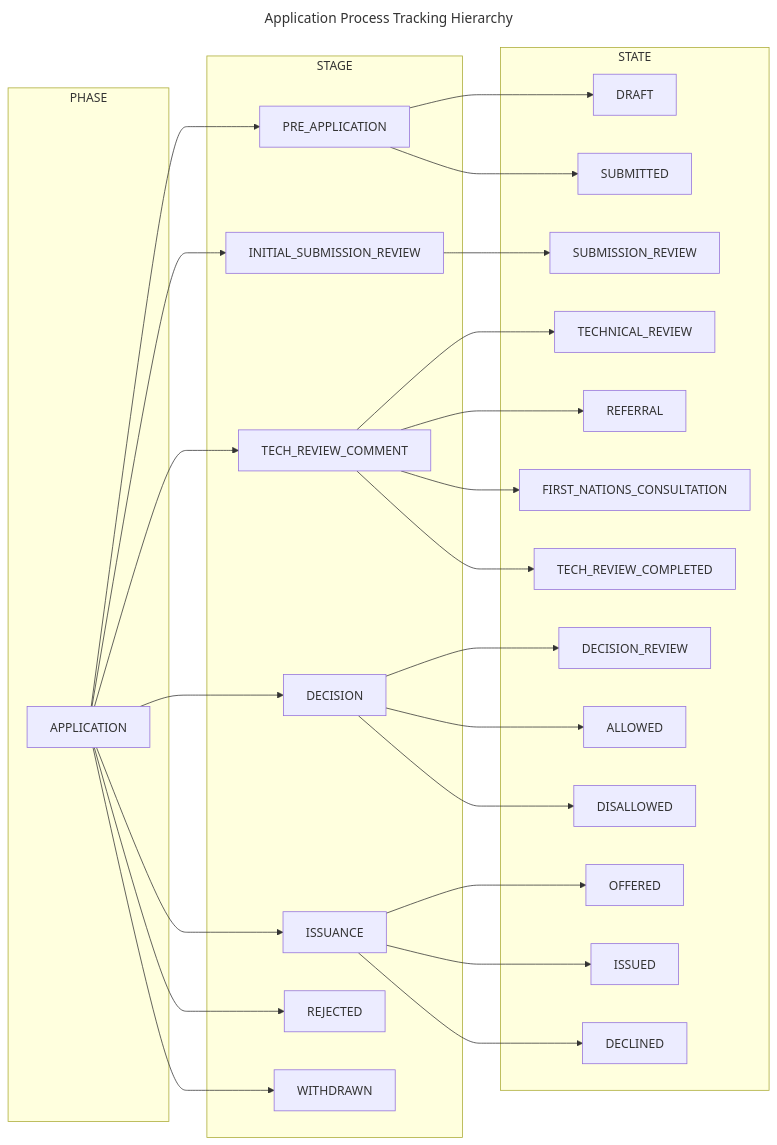
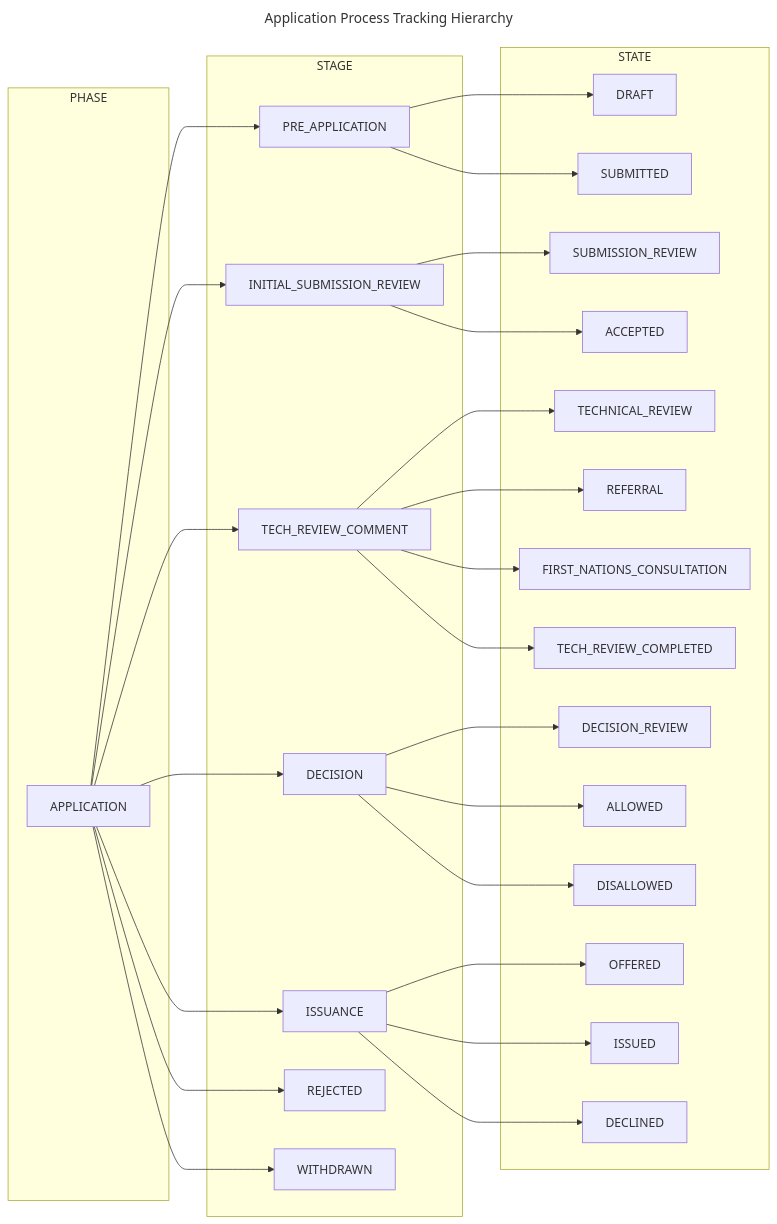
The first of 3 diagrams in docs/spec/code_system/application_process.md (bcgov/nr-pies), drawn with Mermaid before and after one commit. The commit also changed other lines of this file, not shown here.

First line of the commit message:
fix(codesystem): add missing `ACCEPTED` code to application process

````diff
--- a/docs/spec/code_system/application_process.md
+++ b/docs/spec/code_system/application_process.md
@@ -28,62 +28,64 @@
 ```mermaid
 ---
 title: Application Process Tracking Hierarchy
 ---
 
 flowchart LR
   PRE_APPLICATION --> DRAFT
   PRE_APPLICATION --> SUBMITTED
 
   APPLICATION --> PRE_APPLICATION
   APPLICATION --> INITIAL_SUBMISSION_REVIEW
   APPLICATION --> TECH_REVIEW_COMMENT
   APPLICATION --> DECISION
   APPLICATION --> ISSUANCE
   APPLICATION --> REJECTED
   APPLICATION --> WITHDRAWN
 
   INITIAL_SUBMISSION_REVIEW  --> SUBMISSION_REVIEW
+  INITIAL_SUBMISSION_REVIEW  --> ACCEPTED
 
   TECH_REVIEW_COMMENT --> TECHNICAL_REVIEW
   TECH_REVIEW_COMMENT --> REFERRAL
   TECH_REVIEW_COMMENT --> FIRST_NATIONS_CONSULTATION
   TECH_REVIEW_COMMENT --> TECH_REVIEW_COMPLETED
 
   DECISION --> DECISION_REVIEW
   DECISION --> ALLOWED
   DECISION --> DISALLOWED
 
   ISSUANCE --> OFFERED
   ISSUANCE --> ISSUED
   ISSUANCE --> DECLINED
 
   subgraph PHASE
    APPLICATION
   end
 
   subgraph STAGE
     PRE_APPLICATION
     INITIAL_SUBMISSION_REVIEW
     TECH_REVIEW_COMMENT
     DECISION
     ISSUANCE
     REJECTED
     WITHDRAWN
   end
 
   subgraph STATE
     DRAFT
     SUBMITTED
     SUBMISSION_REVIEW
+    ACCEPTED
     TECHNICAL_REVIEW
     REFERRAL
     FIRST_NATIONS_CONSULTATION
     TECH_REVIEW_COMPLETED
     DECISION_REVIEW
     ALLOWED
     DISALLOWED
     OFFERED
     ISSUED
     DECLINED
   end
 ```
````
